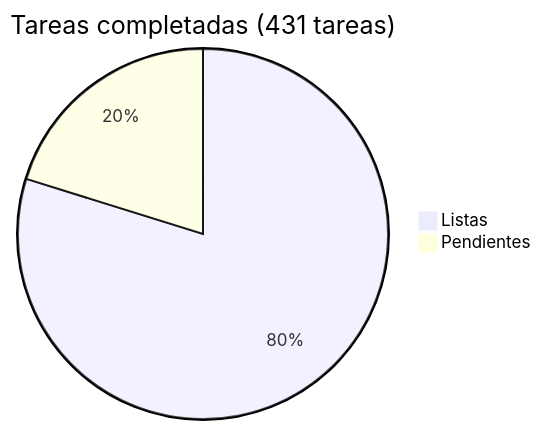
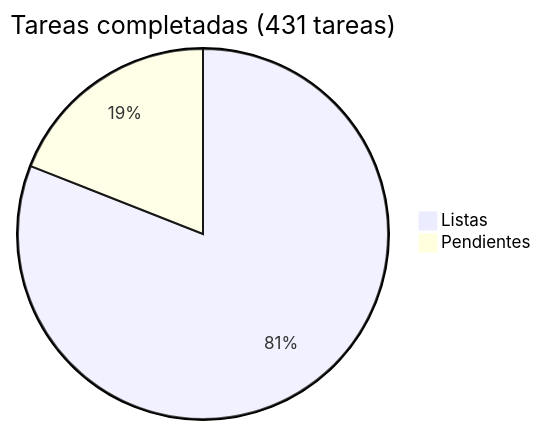
One commit to araguaney-lat/araguaney changed the diagram in docs/roadmap/README.md. Above: the diagram before and after it, drawn with Mermaid. The commit also changed other lines of this file and 17 other files, not shown here.

````diff
--- a/docs/roadmap/README.md
+++ b/docs/roadmap/README.md
@@ -5,5 +5,5 @@
 ```mermaid
 pie title Tareas completadas (431 tareas)
-    "Listas" : 344
-    "Pendientes" : 87
+    "Listas" : 349
+    "Pendientes" : 82
 ```
````
